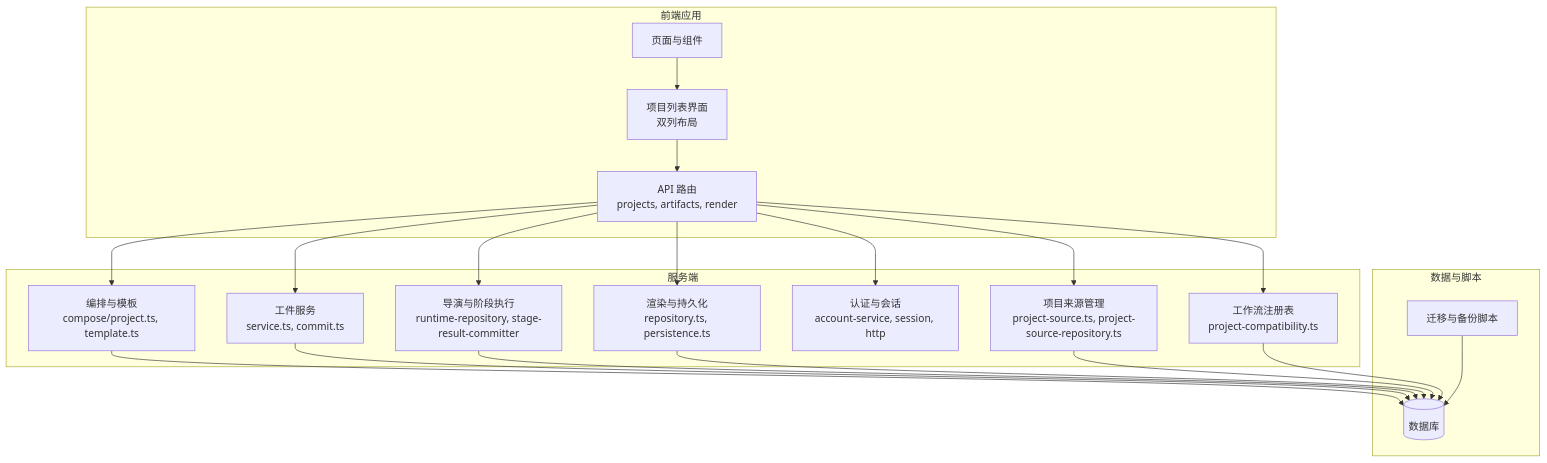
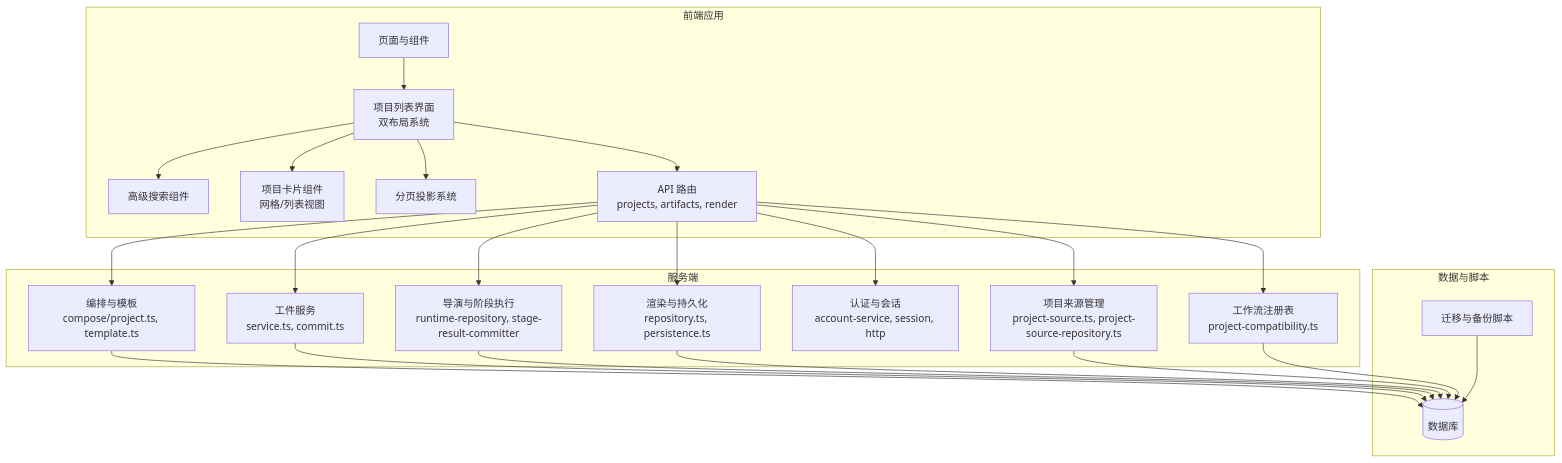
The first of 18 diagrams in .qoder/repowiki/zh/content/项目管理/项目管理.md (scottcwy/PurpleInk), drawn with Mermaid before and after one commit. The commit also changed other lines of this file and 23 other files, not shown here.

````diff
--- a/.qoder/repowiki/zh/content/项目管理/项目管理.md
+++ b/.qoder/repowiki/zh/content/项目管理/项目管理.md
@@ -70,37 +76,43 @@
 ```mermaid
 graph TB
 subgraph "前端应用"
 UI["页面与组件"]
-ProjectList["项目列表界面<br/>双列布局"]
+ProjectList["项目列表界面<br/>双布局系统"]
+SearchField["高级搜索组件"]
+ProjectCards["项目卡片组件<br/>网格/列表视图"]
+Pagination["分页投影系统"]
 API_Routes["API 路由<br/>projects, artifacts, render"]
 end
 subgraph "服务端"
 Compose["编排与模板<br/>compose/project.ts, template.ts"]
 Director["导演与阶段执行<br/>runtime-repository, stage-result-committer"]
 Artifacts["工件服务<br/>service.ts, commit.ts"]
 Render["渲染与持久化<br/>repository.ts, persistence.ts"]
 Auth["认证与会话<br/>account-service, session, http"]
 ProjectSources["项目来源管理<br/>project-source.ts, project-source-repository.ts"]
 WorkflowRegistry["工作流注册表<br/>project-compatibility.ts"]
 end
 subgraph "数据与脚本"
 DB[("数据库")]
 Scripts["迁移与备份脚本"]
 end
 UI --> ProjectList
+ProjectList --> SearchField
+ProjectList --> ProjectCards
+ProjectList --> Pagination
 ProjectList --> API_Routes
 API_Routes --> Compose
 API_Routes --> Artifacts
 API_Routes --> Director
 API_Routes --> Render
 API_Routes --> Auth
 API_Routes --> ProjectSources
 API_Routes --> WorkflowRegistry
 Compose --> DB
 Artifacts --> DB
 Director --> DB
 Render --> DB
 ProjectSources --> DB
 WorkflowRegistry --> DB
 Scripts --> DB
 ```
````
